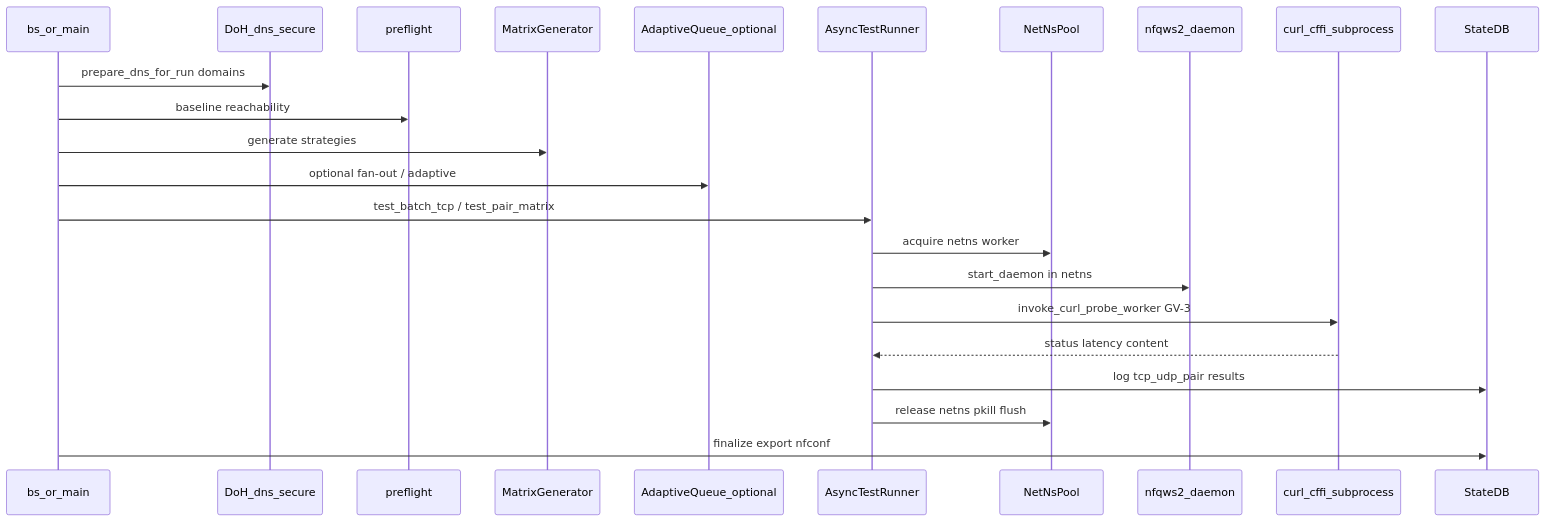
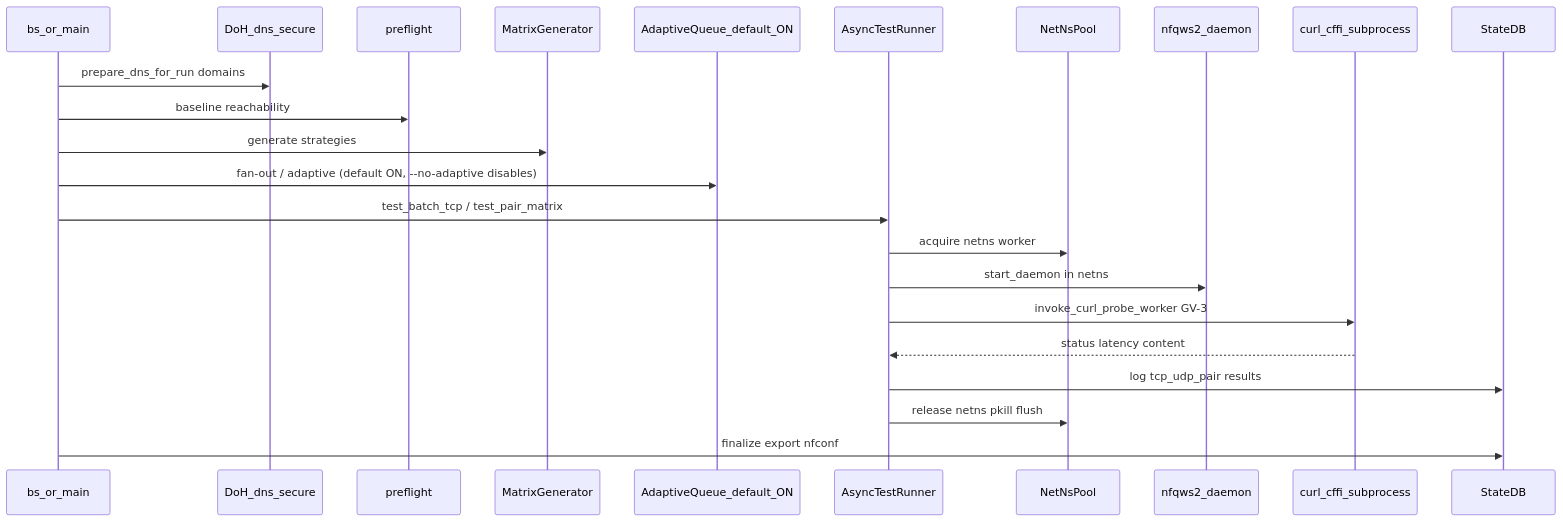
One commit to zhoel-sherk/blockcheckS changed the first of 4 diagrams in docs/architecture.md. Above: the diagram before and after it, drawn with Mermaid. The commit also changed other lines of this file and 116 other files, not shown here.

````diff
--- a/docs/architecture.md
+++ b/docs/architecture.md
@@ -7,26 +7,26 @@
 ```mermaid
 sequenceDiagram
   participant CLI as bs_or_main
   participant DNS as DoH_dns_secure
   participant PF as preflight
   participant MG as MatrixGenerator
-  participant AQ as AdaptiveQueue_optional
+  participant AQ as AdaptiveQueue_default_ON
   participant AR as AsyncTestRunner
   participant NP as NetNsPool
   participant NFQ as nfqws2_daemon
   participant CURL as curl_cffi_subprocess
   participant DB as StateDB
 
   CLI->>DNS: prepare_dns_for_run domains
   CLI->>PF: baseline reachability
   CLI->>MG: generate strategies
-  CLI->>AQ: optional fan-out / adaptive
+  CLI->>AQ: fan-out / adaptive (default ON, --no-adaptive disables)
   CLI->>AR: test_batch_tcp / test_pair_matrix
   AR->>NP: acquire netns worker
   AR->>NFQ: start_daemon in netns
   AR->>CURL: invoke_curl_probe_worker GV-3
   CURL-->>AR: status latency content
   AR->>DB: log tcp_udp_pair results
   AR->>NP: release netns pkill flush
   CLI->>DB: finalize export nfconf
 ```
````
